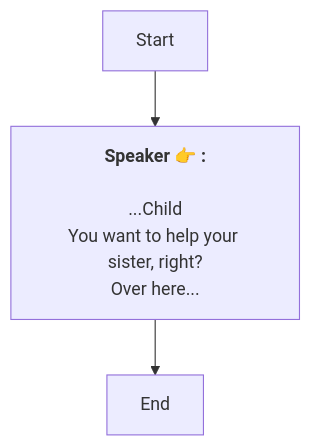
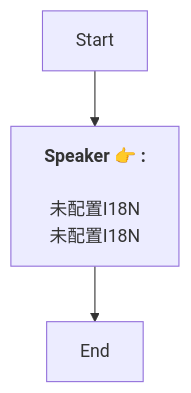
One commit to SoftHu/tos_avg changed the diagram in En/QuestStartTalkENode_1738549796738302.md. Above: the diagram before and after it, drawn with Mermaid. The commit also changed 730 other files, not shown here.

````diff
--- a/En/QuestStartTalkENode_1738549796738302.md
+++ b/En/QuestStartTalkENode_1738549796738302.md
@@ -1,8 +1,7 @@
 ```mermaid
 graph
 Start -->1738549822633217[<b>Speaker 👉 :</b>
-\n...Child
-You want to help your sister, right?\nOver here...]
+\n未配置I18N\n未配置I18N]
 1738549822633217 -->1738549983939842[End]
 
 ```
````
